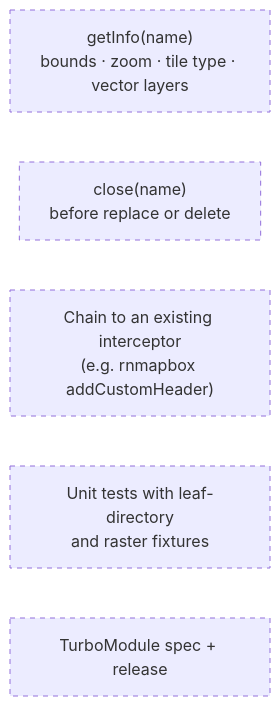
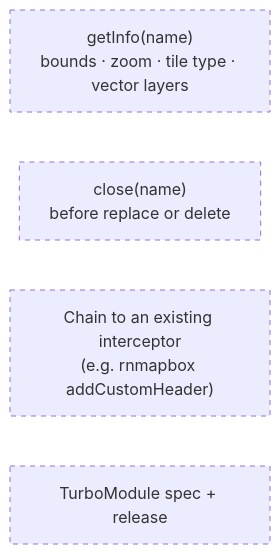
The third of 3 diagrams in docs/architecture.md (PADAS/react-native-mapbox-pmtiles), drawn with Mermaid before and after one commit. The commit also changed other lines of this file and 14 other files, not shown here.

````diff
--- a/docs/architecture.md
+++ b/docs/architecture.md
@@ -85,11 +88,10 @@
 ```mermaid
 flowchart LR
   Info["getInfo(name)<br/>bounds · zoom · tile type · vector layers"]
   Close["close(name)<br/>before replace or delete"]
   Chain["Chain to an existing interceptor<br/>(e.g. rnmapbox addCustomHeader)"]
-  Tests["Unit tests with leaf-directory<br/>and raster fixtures"]
   Turbo["TurboModule spec + release"]
 
   classDef planned stroke-dasharray: 5 5
-  class Info,Close,Chain,Tests,Turbo planned
+  class Info,Close,Chain,Turbo planned
 ```
````
